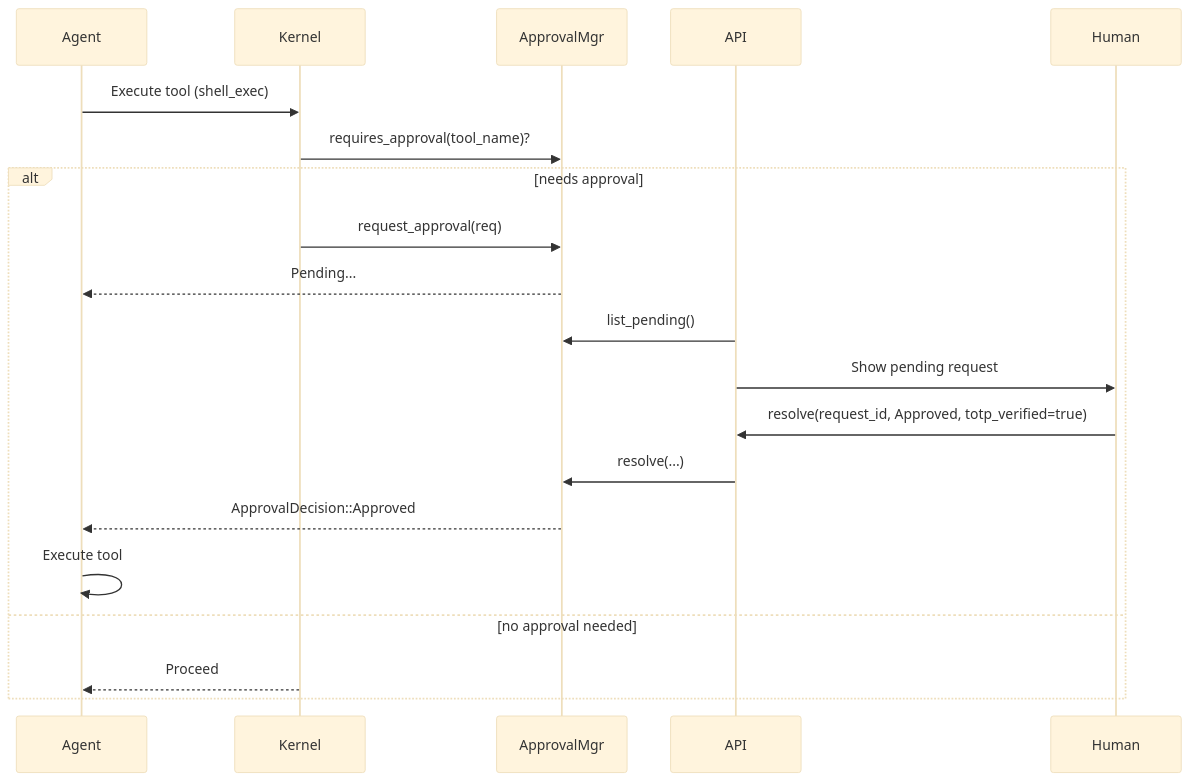
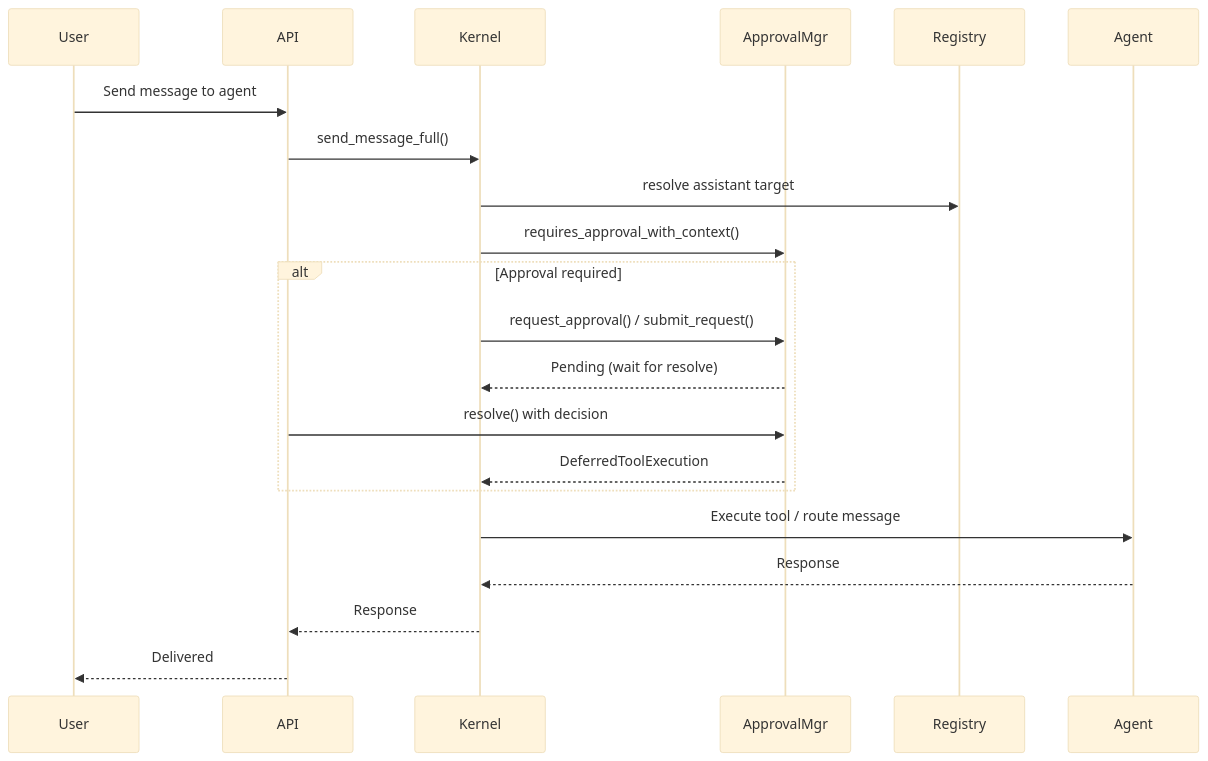
Before and after one commit to leszek3737/librefang-WIki: the second of 2 diagrams in kernel-core.md, drawn with Mermaid (base theme). The commit also changed other lines of this file and 56 other files, not shown here.

````diff
--- a/kernel-core.md
+++ b/kernel-core.md
@@ -93,23 +225,24 @@
 ```mermaid
 sequenceDiagram
-    participant Agent
+    participant User
+    participant API
     participant Kernel
     participant ApprovalMgr
-    participant API
-    participant Human
+    participant Registry
+    participant Agent
 
-    Agent->>Kernel: Execute tool (shell_exec)
-    Kernel->>ApprovalMgr: requires_approval(tool_name)?
-    alt needs approval
-        Kernel->>ApprovalMgr: request_approval(req)
-        ApprovalMgr-->>Agent: Pending...
-        API->>ApprovalMgr: list_pending()
-        API->>Human: Show pending request
-        Human->>API: resolve(request_id, Approved, totp_verified=true)
-        API->>ApprovalMgr: resolve(...)
-        ApprovalMgr-->>Agent: ApprovalDecision::Approved
-        Agent->>Agent: Execute tool
-    else no approval needed
-        Kernel-->>Agent: Proceed
+    User->>API: Send message to agent
+    API->>Kernel: send_message_full()
+    Kernel->>Registry: resolve assistant target
+    Kernel->>ApprovalMgr: requires_approval_with_context()
+    alt Approval required
+        Kernel->>ApprovalMgr: request_approval() / submit_request()
+        ApprovalMgr-->>Kernel: Pending (wait for resolve)
+        API->>ApprovalMgr: resolve() with decision
+        ApprovalMgr-->>Kernel: DeferredToolExecution
     end
+    Kernel->>Agent: Execute tool / route message
+    Agent-->>Kernel: Response
+    Kernel-->>API: Response
+    API-->>User: Delivered
 ```
````
